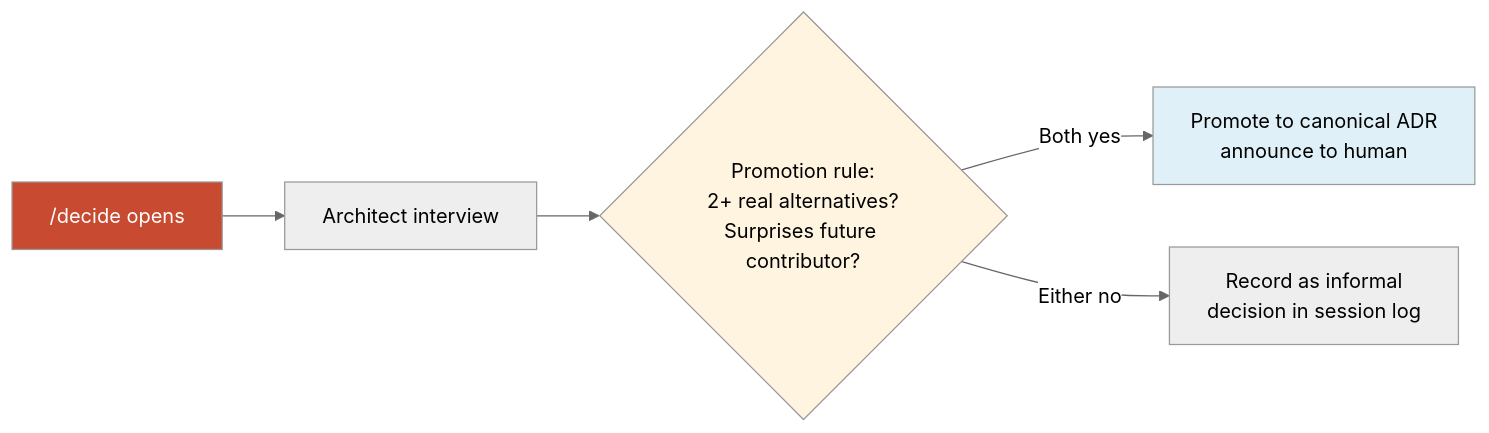
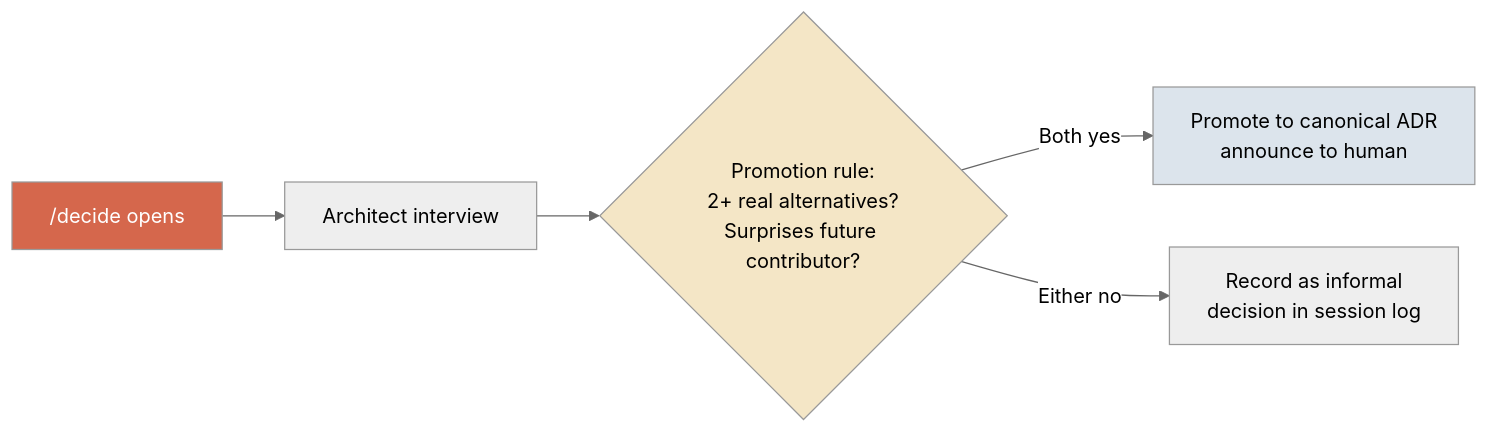
Before and after one commit to nlawstudio/ai-refinement-method: the ninth of 17 diagrams in METHOD.md, drawn with Mermaid (neutral theme). The commit also changed other lines of this file and 1 other file, not shown here.

````diff
--- a/METHOD.md
+++ b/METHOD.md
@@ -880,11 +901,11 @@
 ```mermaid
 flowchart LR
     A["/decide opens"] --> B[Architect interview]
     B --> C{Promotion rule:<br/>2+ real alternatives?<br/>Surprises future contributor?}
     C -->|Both yes| ADR[Promote to canonical ADR<br/>announce to human]
     C -->|Either no| Informal[Record as informal<br/>decision in session log]
 
-    style A fill:#C84B31,color:#fff
-    style C fill:#fff4e0
-    style ADR fill:#e0f0f8
+    style A fill:#D5674C,color:#fff
+    style C fill:#F4E6C6
+    style ADR fill:#DCE4EC
 ```
````
